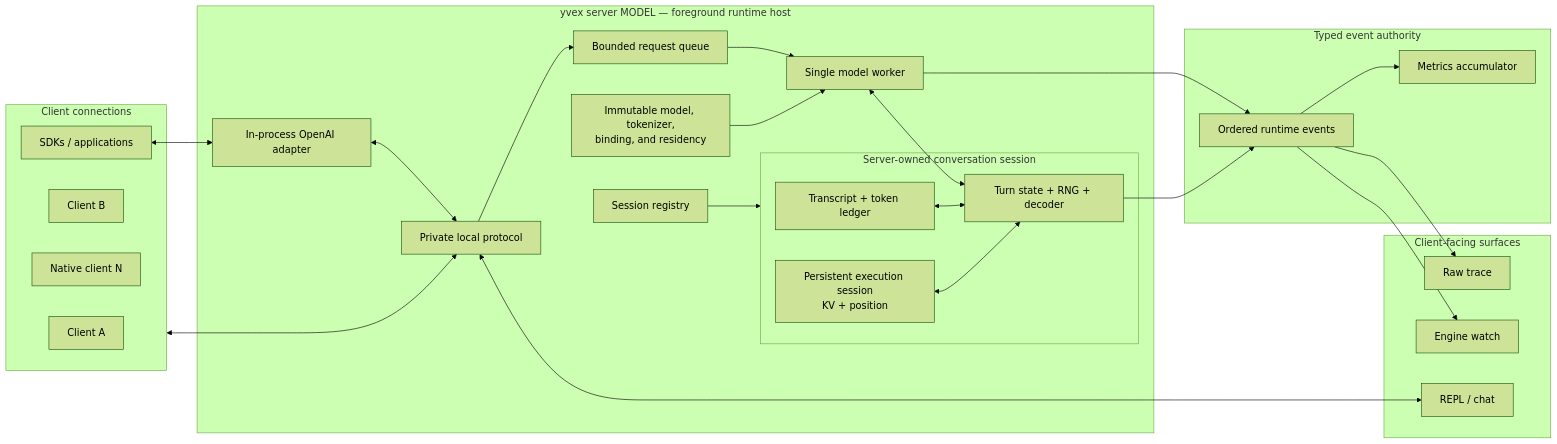
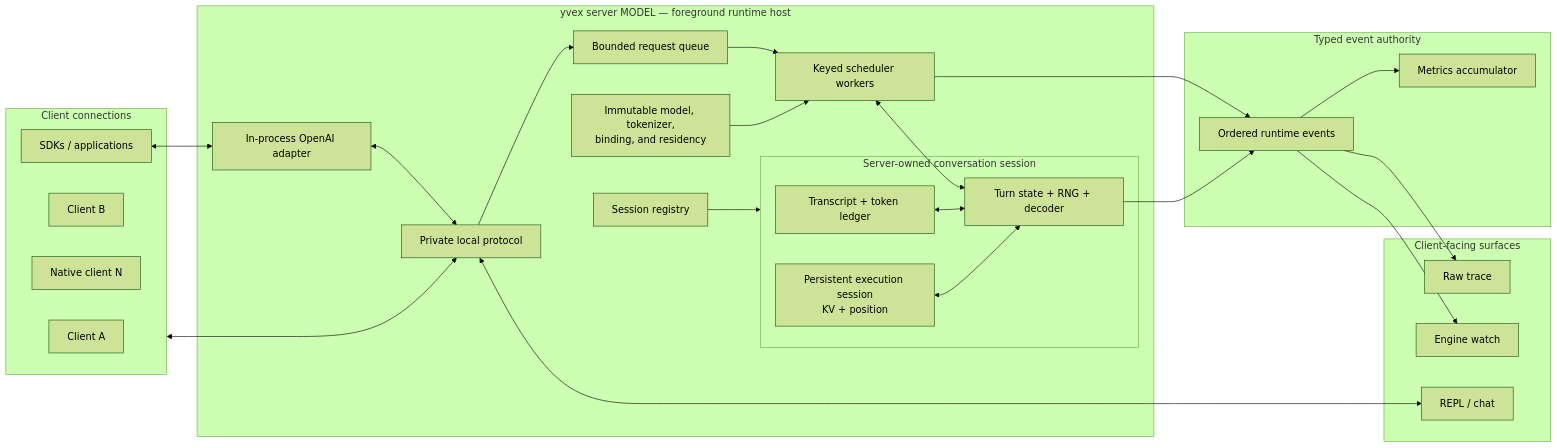
Before and after one commit to yailabs/clori: the diagram in docs/diagrams/runtime_host_sessions.mmd, drawn with Mermaid (forest theme). The commit also changed 40 other files, not shown here.

```diff
--- a/docs/diagrams/runtime_host_sessions.mmd
+++ b/docs/diagrams/runtime_host_sessions.mmd
@@ -1,50 +1,50 @@
 flowchart LR
     subgraph clients[Client connections]
         client_a[Client A]
         client_b[Client B]
         native_n[Native client N]
         apps[SDKs / applications]
     end
 
     subgraph host[yvex server MODEL — foreground runtime host]
         protocol[Private local protocol]
         openai[In-process OpenAI adapter]
         resources[Immutable model, tokenizer,<br/>binding, and residency]
         queue[Bounded request queue]
-        worker[Single model worker]
+        worker[Keyed scheduler workers]
         registry[Session registry]
 
         subgraph session[Server-owned conversation session]
             transcript[Transcript + token ledger]
             execution[Persistent execution session<br/>KV + position]
             turn[Turn state + RNG + decoder]
         end
 
         protocol --> queue --> worker
         openai <--> protocol
         resources --> worker
         registry --> session
         worker <--> turn
         transcript <--> turn
         execution <--> turn
     end
 
     subgraph telemetry[Typed event authority]
         events[Ordered runtime events]
         metrics[Metrics accumulator]
         events --> metrics
     end
 
     subgraph surfaces[Client-facing surfaces]
         raw[Raw trace]
         watch[Engine watch]
         chat[REPL / chat]
     end
 
     clients <--> protocol
     apps <--> openai
     worker --> events
     turn --> events
     events --> raw
     events --> watch
     protocol <--> chat
```
